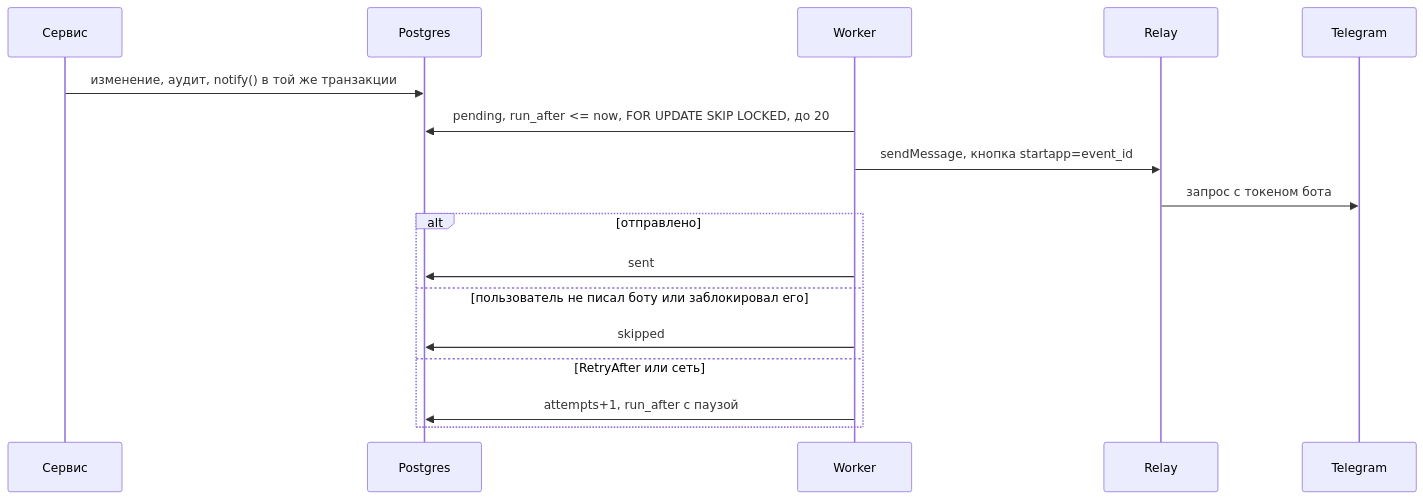
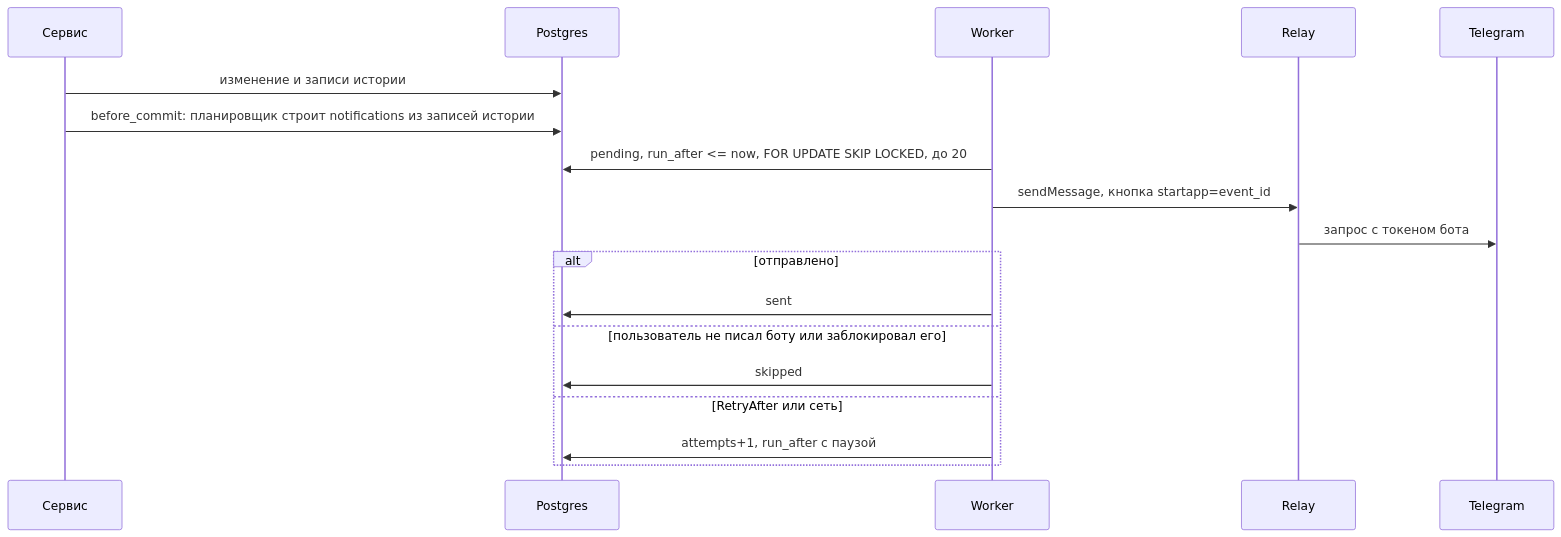
The sixth of 8 diagrams in docs/spec-mvp.md (EgorKolovev/fellow-travelers), drawn with Mermaid before and after one commit. The commit also changed other lines of this file and 1 other file, not shown here.

````diff
--- a/docs/spec-mvp.md
+++ b/docs/spec-mvp.md
@@ -225,19 +225,20 @@
 ```mermaid
 sequenceDiagram
     participant S as Сервис
     participant DB as Postgres
     participant W as Worker
     participant R as Relay
     participant TG as Telegram
-    S->>DB: изменение, аудит, notify() в той же транзакции
+    S->>DB: изменение и записи истории
+    S->>DB: before_commit: планировщик строит notifications из записей истории
     W->>DB: pending, run_after <= now, FOR UPDATE SKIP LOCKED, до 20
     W->>R: sendMessage, кнопка startapp=event_id
     R->>TG: запрос с токеном бота
     alt отправлено
         W->>DB: sent
     else пользователь не писал боту или заблокировал его
         W->>DB: skipped
     else RetryAfter или сеть
         W->>DB: attempts+1, run_after с паузой
     end
 ```
````
